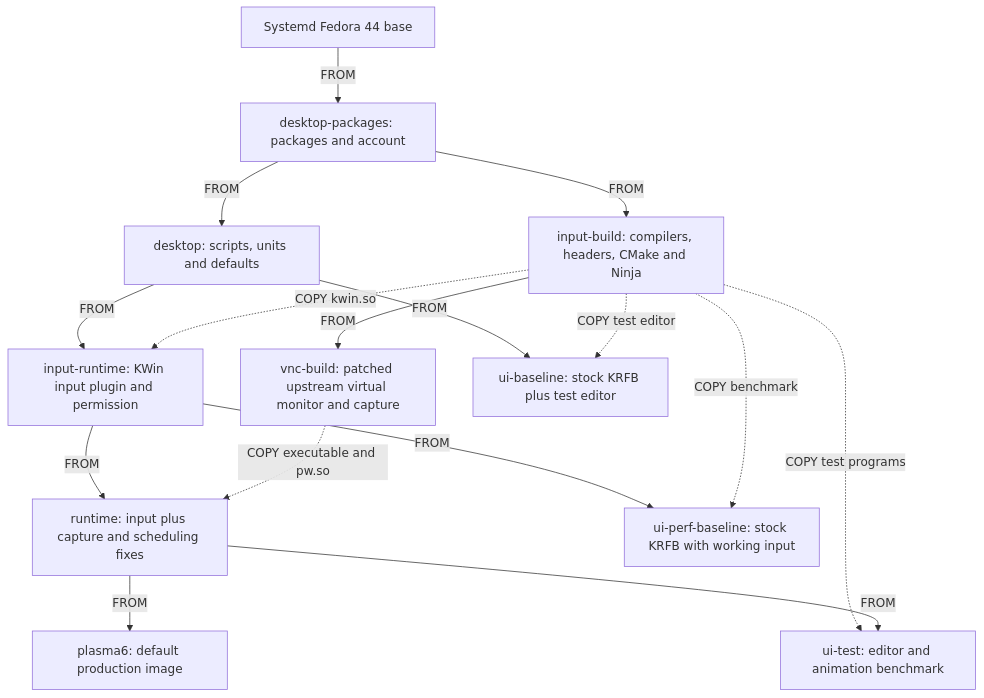
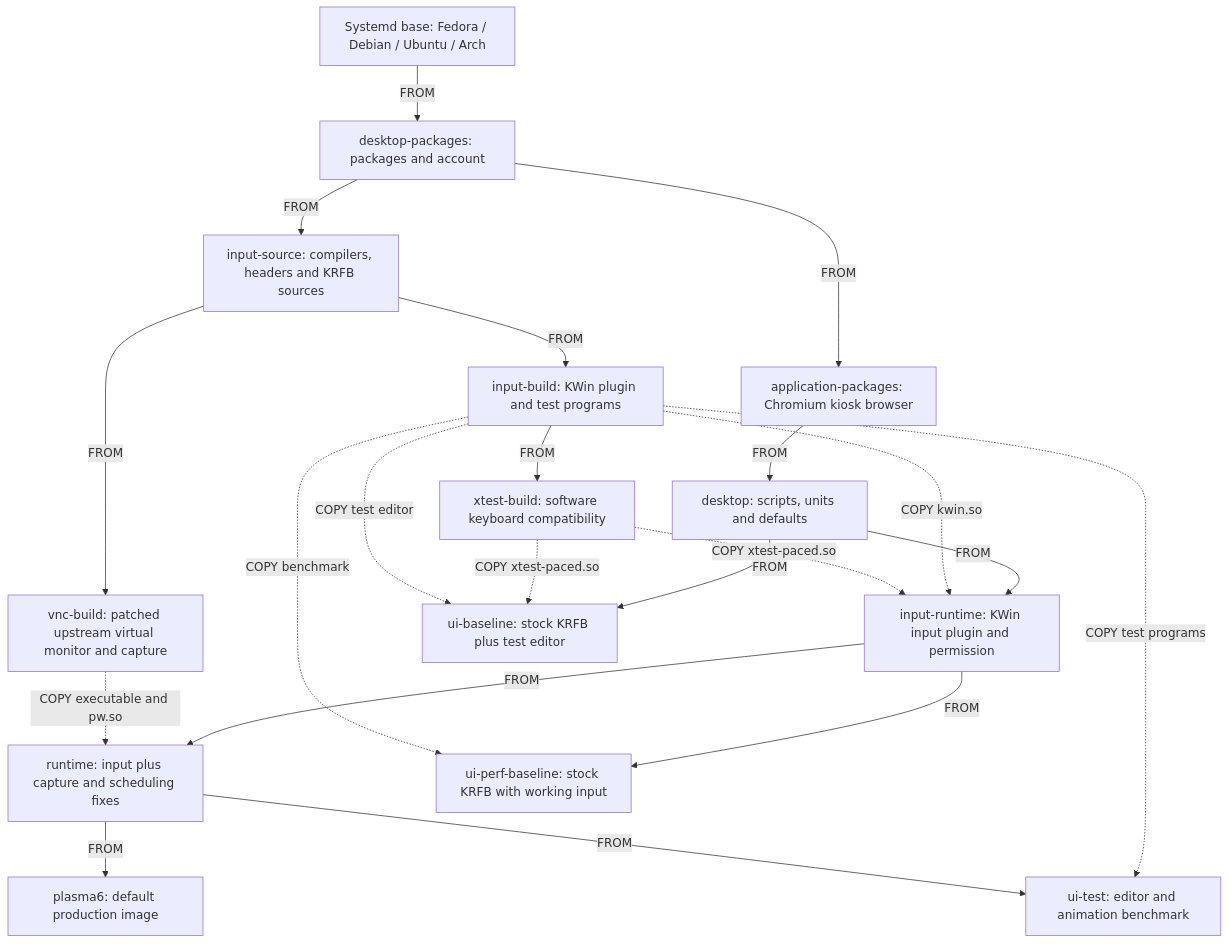
The diagram in docs/diagrams/build-stages.mmd (skynet-core/kde-container), drawn with Mermaid before and after one commit. The commit also changed 76 other files, not shown here.

```diff
--- a/docs/diagrams/build-stages.mmd
+++ b/docs/diagrams/build-stages.mmd
@@ -1,27 +1,35 @@
 flowchart TD
-    base["Systemd Fedora 44 base"]
+    base["Systemd base: Fedora / Debian / Ubuntu / Arch"]
     packages["desktop-packages: packages and account"]
+    applications["application-packages: Chromium kiosk browser"]
     desktop["desktop: scripts, units and defaults"]
-    build["input-build: compilers, headers, CMake and Ninja"]
+    source["input-source: compilers, headers and KRFB sources"]
+    build["input-build: KWin plugin and test programs"]
+    xtest["xtest-build: software keyboard compatibility"]
     input["input-runtime: KWin input plugin and permission"]
     vnc["vnc-build: patched upstream virtual monitor and capture"]
     runtime["runtime: input plus capture and scheduling fixes"]
     final["plasma6: default production image"]
     ui["ui-test: editor and animation benchmark"]
     baseline["ui-baseline: stock KRFB plus test editor"]
     perfbaseline["ui-perf-baseline: stock KRFB with working input"]
     base -->|FROM| packages
-    packages -->|FROM| desktop
-    packages -->|FROM| build
+    packages -->|FROM| applications
+    applications -->|FROM| desktop
+    packages -->|FROM| source
+    source -->|FROM| build
     desktop -->|FROM| input
     desktop -->|FROM| baseline
-    build -->|FROM| vnc
+    source -->|FROM| vnc
+    build -->|FROM| xtest
     input -->|FROM| runtime
     input -->|FROM| perfbaseline
     build -. "COPY kwin.so" .-> input
+    xtest -. "COPY xtest-paced.so" .-> input
+    xtest -. "COPY xtest-paced.so" .-> baseline
     vnc -. "COPY executable and pw.so" .-> runtime
     build -. "COPY test editor" .-> baseline
     build -. "COPY benchmark" .-> perfbaseline
     build -. "COPY test programs" .-> ui
     runtime -->|FROM| final
     runtime -->|FROM| ui
```
